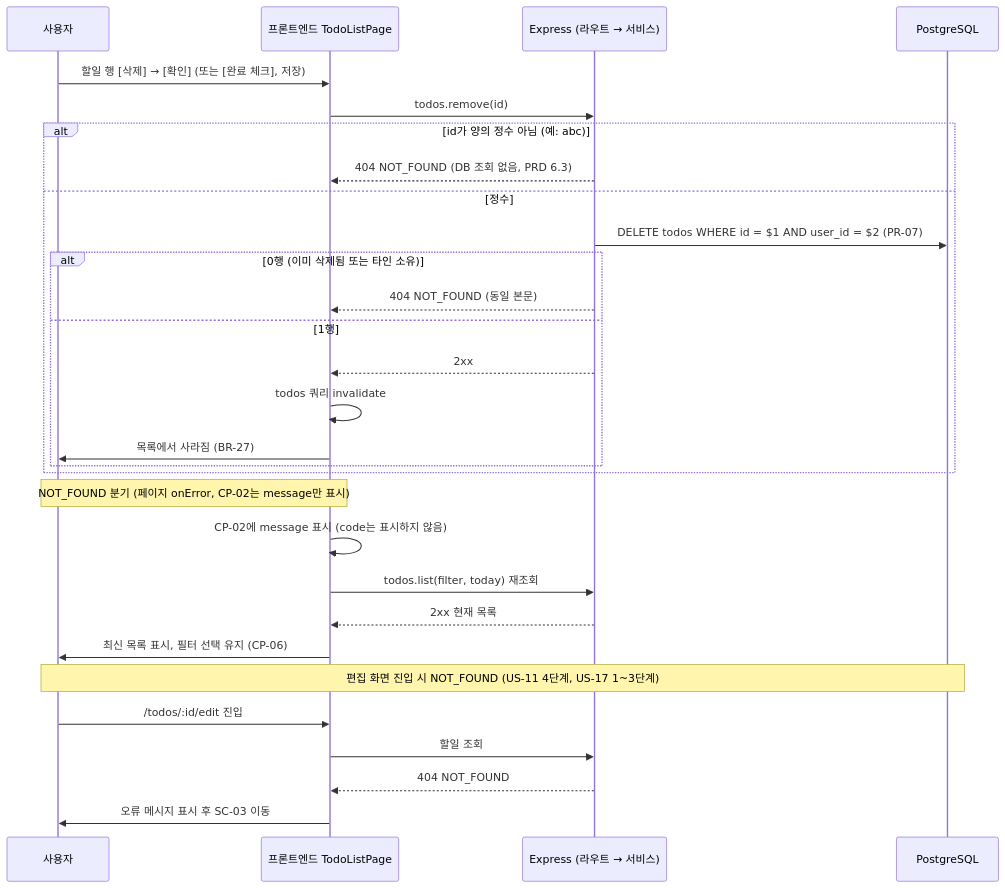
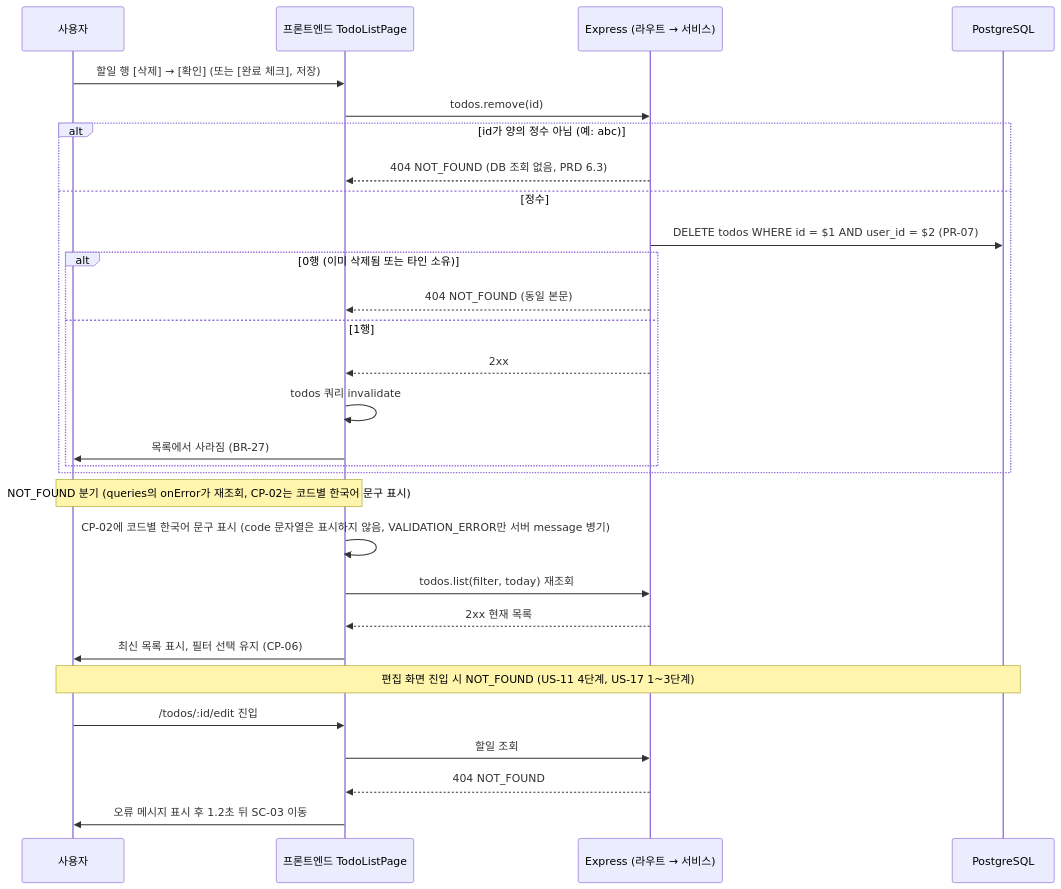
Before and after one commit to okbaronok2-tech/todolist_app: diagram 12 of 15 in docs/6-arch-diagram.md, drawn with Mermaid. The commit also changed other lines of this file and 19 other files, not shown here.

````diff
--- a/docs/6-arch-diagram.md
+++ b/docs/6-arch-diagram.md
@@ -546,33 +551,33 @@
 ```mermaid
 sequenceDiagram
     participant U as 사용자
     participant FE as 프론트엔드 TodoListPage
     participant BE as Express (라우트 → 서비스)
     participant DB as PostgreSQL
 
     U->>FE: 할일 행 [삭제] → [확인] (또는 [완료 체크], 저장)
     FE->>BE: todos.remove(id)
     alt id가 양의 정수 아님 (예: abc)
         BE-->>FE: 404 NOT_FOUND (DB 조회 없음, PRD 6.3)
     else 정수
         BE->>DB: DELETE todos WHERE id = $1 AND user_id = $2 (PR-07)
         alt 0행 (이미 삭제됨 또는 타인 소유)
             BE-->>FE: 404 NOT_FOUND (동일 본문)
         else 1행
             BE-->>FE: 2xx
             FE->>FE: todos 쿼리 invalidate
             FE->>U: 목록에서 사라짐 (BR-27)
         end
     end
-    Note over FE,U: NOT_FOUND 분기 (페이지 onError, CP-02는 message만 표시)
-    FE->>FE: CP-02에 message 표시 (code는 표시하지 않음)
+    Note over FE,U: NOT_FOUND 분기 (queries의 onError가 재조회, CP-02는 코드별 한국어 문구 표시)
+    FE->>FE: CP-02에 코드별 한국어 문구 표시 (code 문자열은 표시하지 않음, VALIDATION_ERROR만 서버 message 병기)
     FE->>BE: todos.list(filter, today) 재조회
     BE-->>FE: 2xx 현재 목록
     FE->>U: 최신 목록 표시, 필터 선택 유지 (CP-06)
 
     Note over U,DB: 편집 화면 진입 시 NOT_FOUND (US-11 4단계, US-17 1~3단계)
     U->>FE: /todos/:id/edit 진입
     FE->>BE: 할일 조회
     BE-->>FE: 404 NOT_FOUND
-    FE->>U: 오류 메시지 표시 후 SC-03 이동
+    FE->>U: 오류 메시지 표시 후 1.2초 뒤 SC-03 이동
 ```
````
